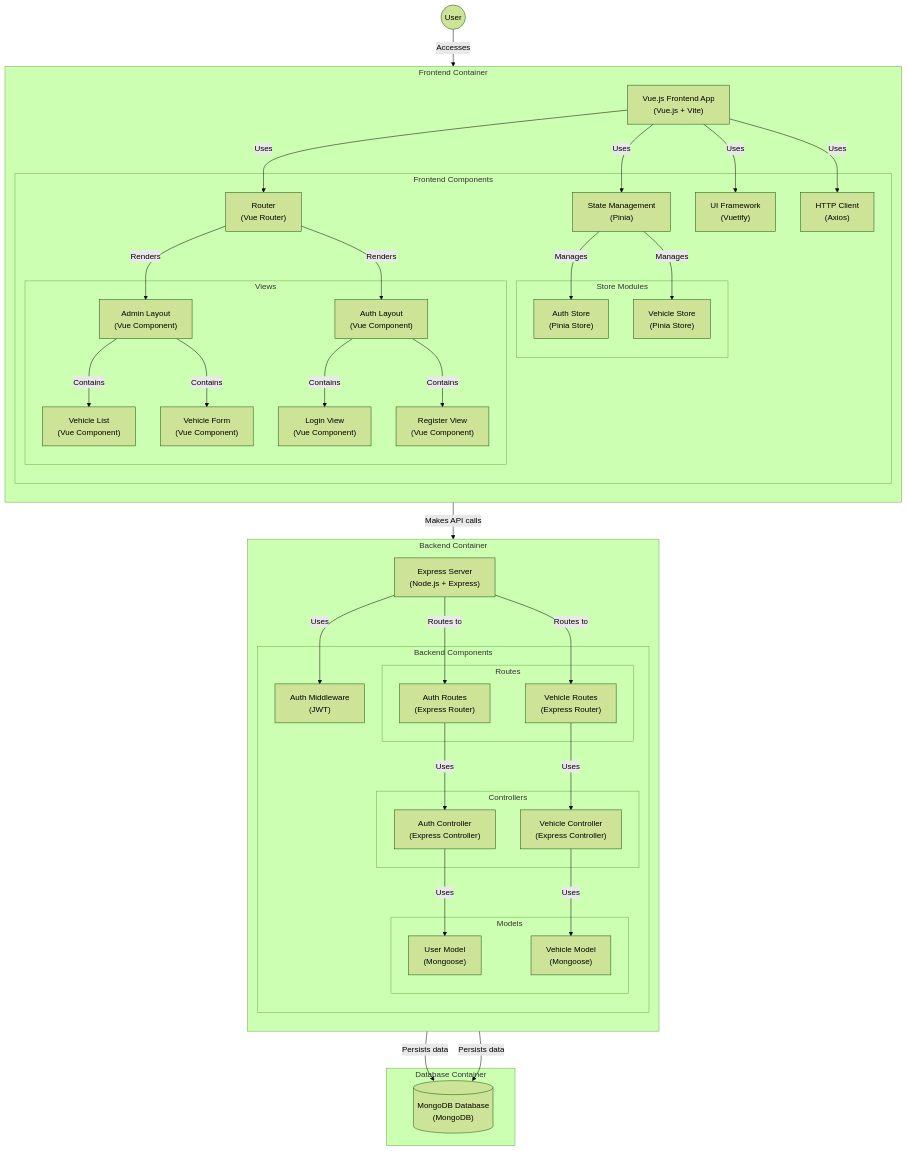
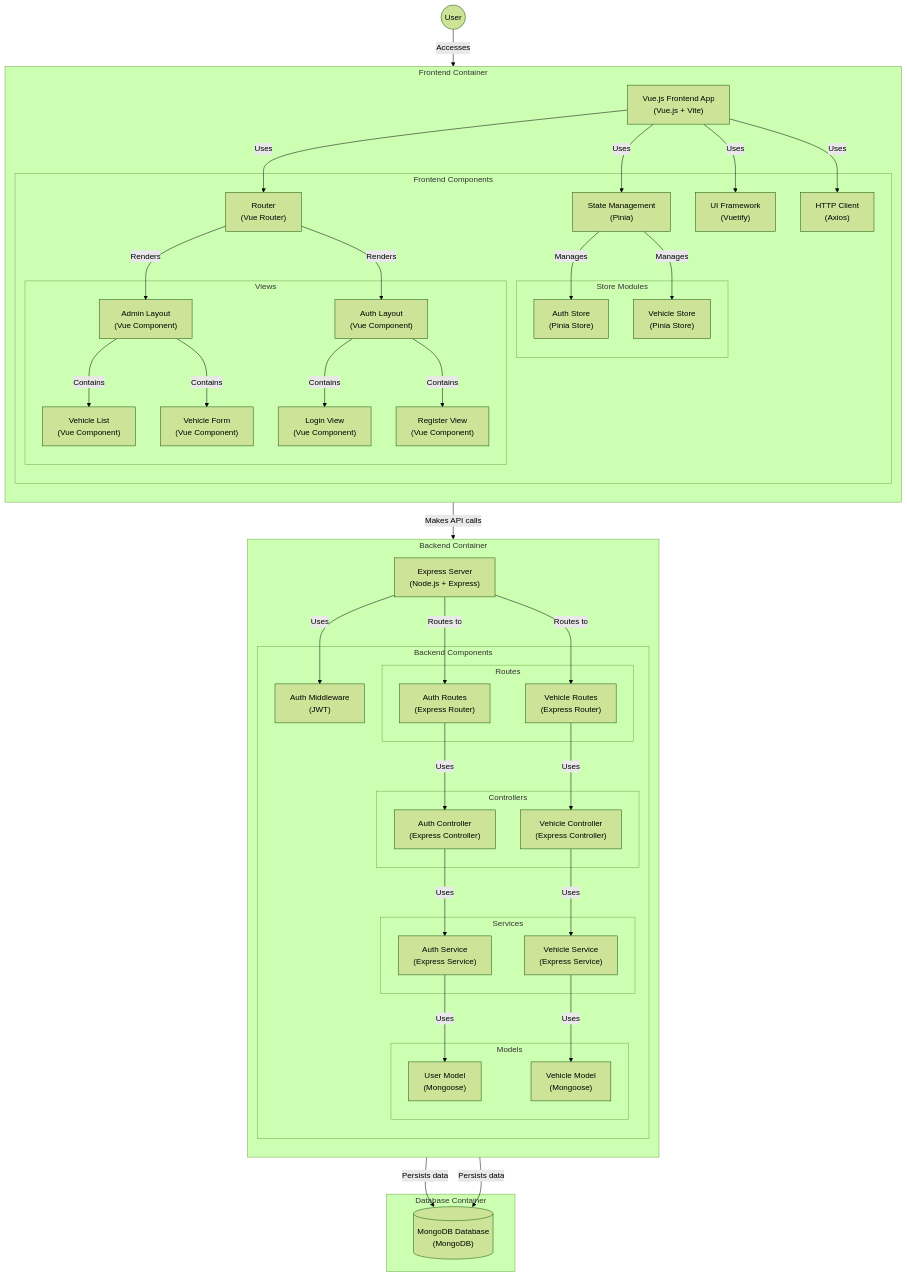
One commit to angelzabala/ridehailing-test changed the diagram in README.md. Above: the diagram before and after it, drawn with Mermaid (forest theme).

```diff
--- a/README.md
+++ b/README.md
@@ -156,6 +156,11 @@
             subgraph "Controllers"
                 AuthController["Auth Controller<br>(Express Controller)"]
                 VehicleController["Vehicle Controller<br>(Express Controller)"]
+            end
+
+            subgraph "Services"
+                AuthService["Auth Service<br>(Express Service)"]
+                VehicleService["Vehicle Service<br>(Express Service)"]
             end
             
             subgraph "Routes"
@@ -204,8 +209,11 @@
     AuthRoutes -->|"Uses"| AuthController
     VehicleRoutes -->|"Uses"| VehicleController
     
-    AuthController -->|"Uses"| UserModel
-    VehicleController -->|"Uses"| VehicleModel
+    AuthController -->|"Uses"| AuthService
+    VehicleController -->|"Uses"| VehicleService
+
+    AuthService -->|"Uses"| UserModel
+    VehicleService -->|"Uses"| VehicleModel
     
     %% Database relationships
     UserModel -->|"Persists data"| MongoDB
```
